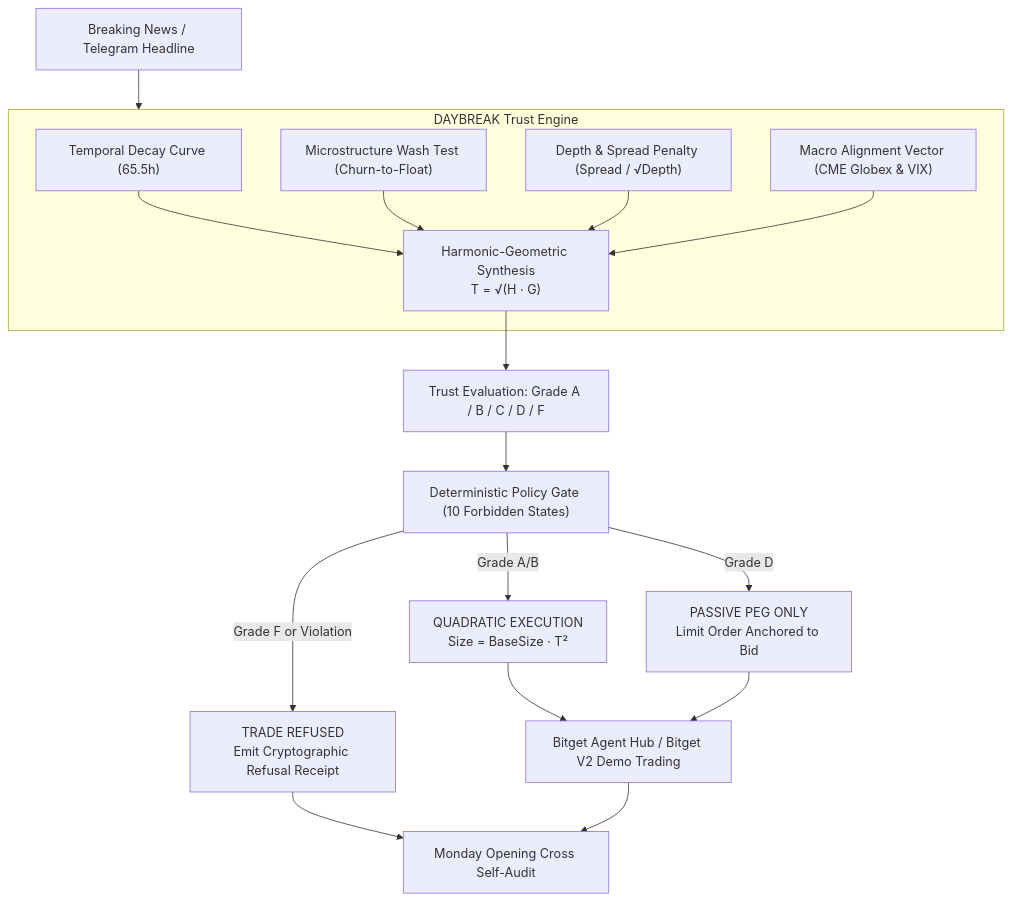
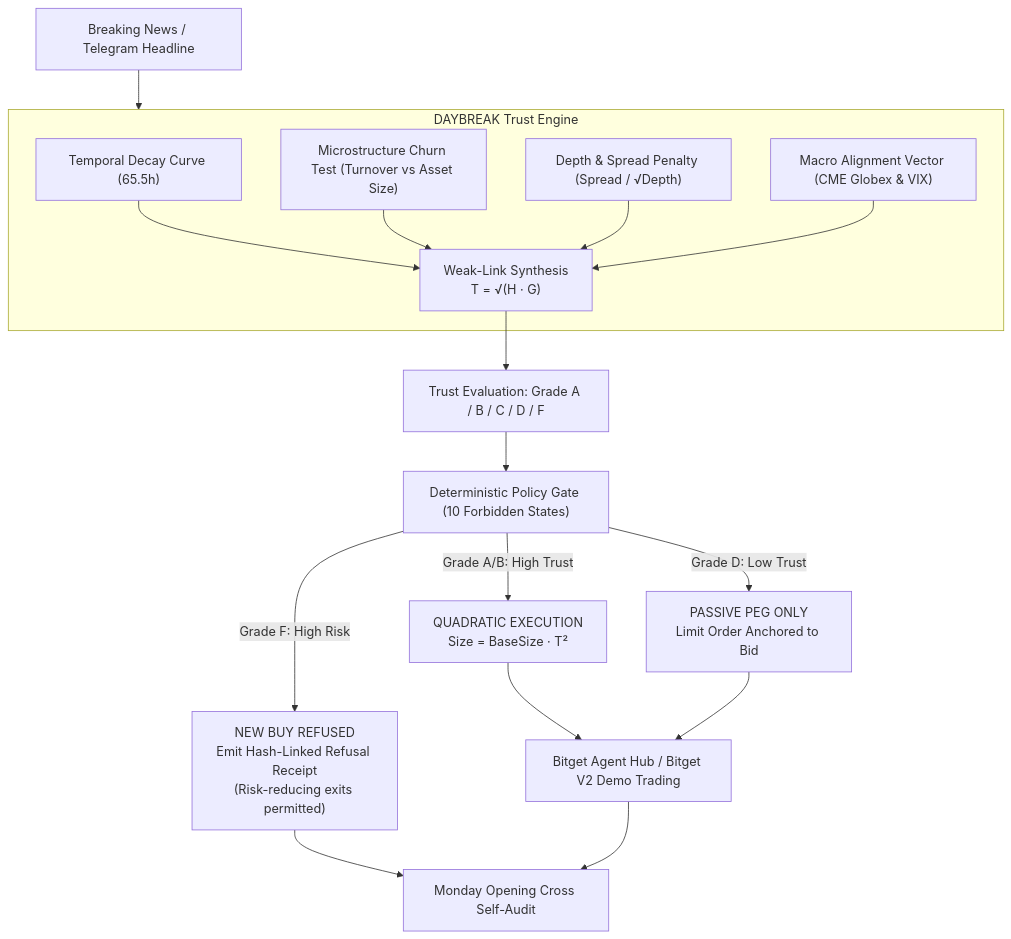
Before and after one commit to GreatSage-dev/daybreak: the diagram in README.md, drawn with Mermaid. The commit also changed other lines of this file, not shown here.

````diff
--- a/README.md
+++ b/README.md
@@ -23,25 +41,25 @@
 ```mermaid
 flowchart TD
     Event["Breaking News / Telegram Headline"] --> Engine["DAYBREAK Trust Engine"]
     
     subgraph Engine ["DAYBREAK Trust Engine"]
         T["Temporal Decay Curve (65.5h)"]
-        W["Microstructure Wash Test (Churn-to-Float)"]
+        W["Microstructure Churn Test (Turnover vs Asset Size)"]
         D["Depth & Spread Penalty (Spread / √Depth)"]
         M["Macro Alignment Vector (CME Globex & VIX)"]
         
-        T & W & D & M --> Synth["Harmonic-Geometric Synthesis<br/>T = √(H · G)"]
+        T & W & D & M --> Synth["Weak-Link Synthesis<br/>T = √(H · G)"]
     end
     
     Synth --> Grade["Trust Evaluation: Grade A / B / C / D / F"]
     Grade --> Gate["Deterministic Policy Gate (10 Forbidden States)"]
     
-    Gate -->|Grade F or Violation| Refuse["TRADE REFUSED<br/>Emit Cryptographic Refusal Receipt"]
-    Gate -->|Grade D| Passive["PASSIVE PEG ONLY<br/>Limit Order Anchored to Bid"]
-    Gate -->|Grade A/B| Execute["QUADRATIC EXECUTION<br/>Size = BaseSize · T²"]
+    Gate -->|Grade F: High Risk| Refuse["NEW BUY REFUSED<br/>Emit Hash-Linked Refusal Receipt<br/>(Risk-reducing exits permitted)"]
+    Gate -->|Grade D: Low Trust| Passive["PASSIVE PEG ONLY<br/>Limit Order Anchored to Bid"]
+    Gate -->|Grade A/B: High Trust| Execute["QUADRATIC EXECUTION<br/>Size = BaseSize · T²"]
     
     Execute --> Hub["Bitget Agent Hub / Bitget V2 Demo Trading"]
     Passive --> Hub
     Refuse --> Audit["Monday Opening Cross Self-Audit"]
     Hub --> Audit
 ```
````
